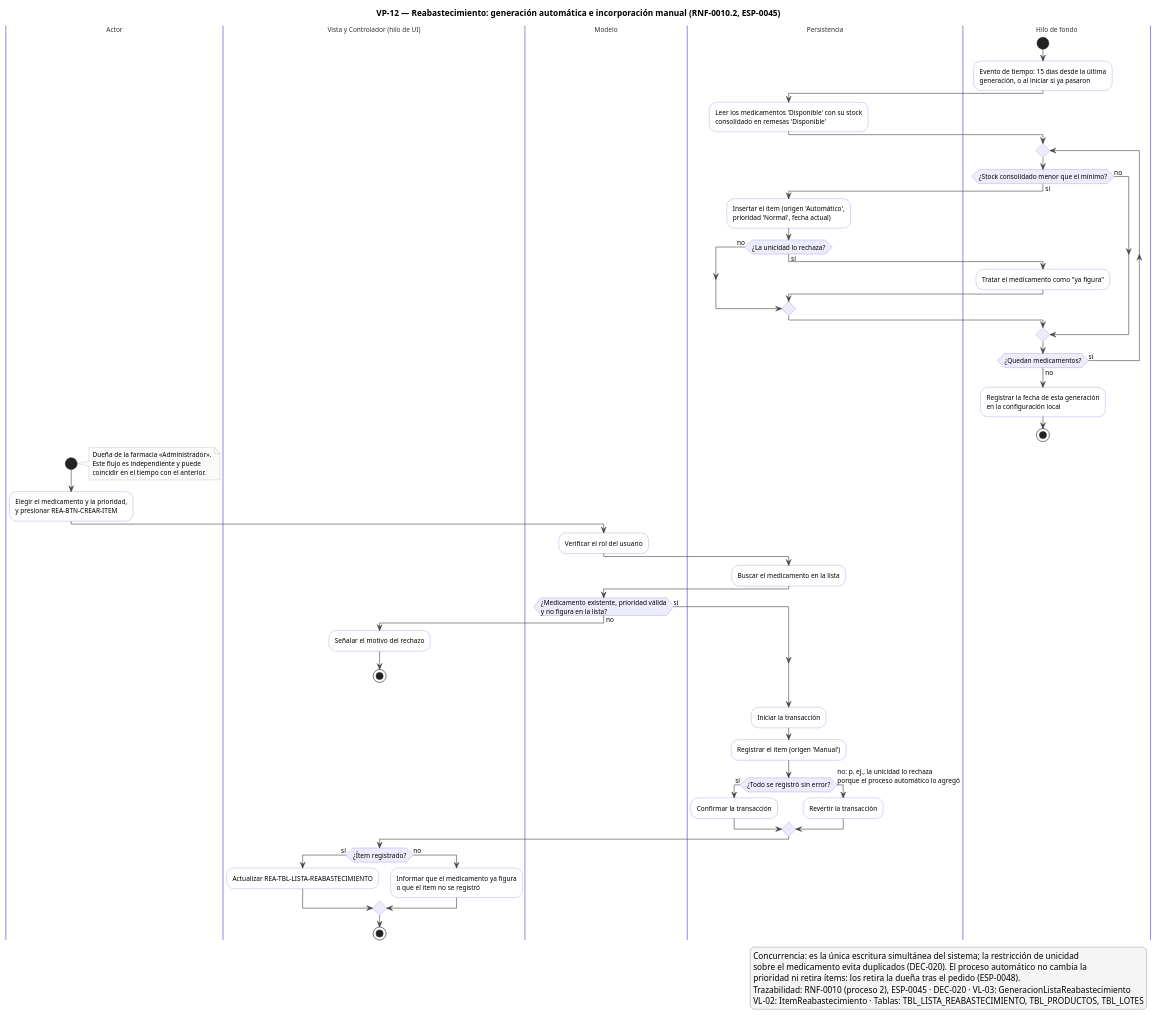
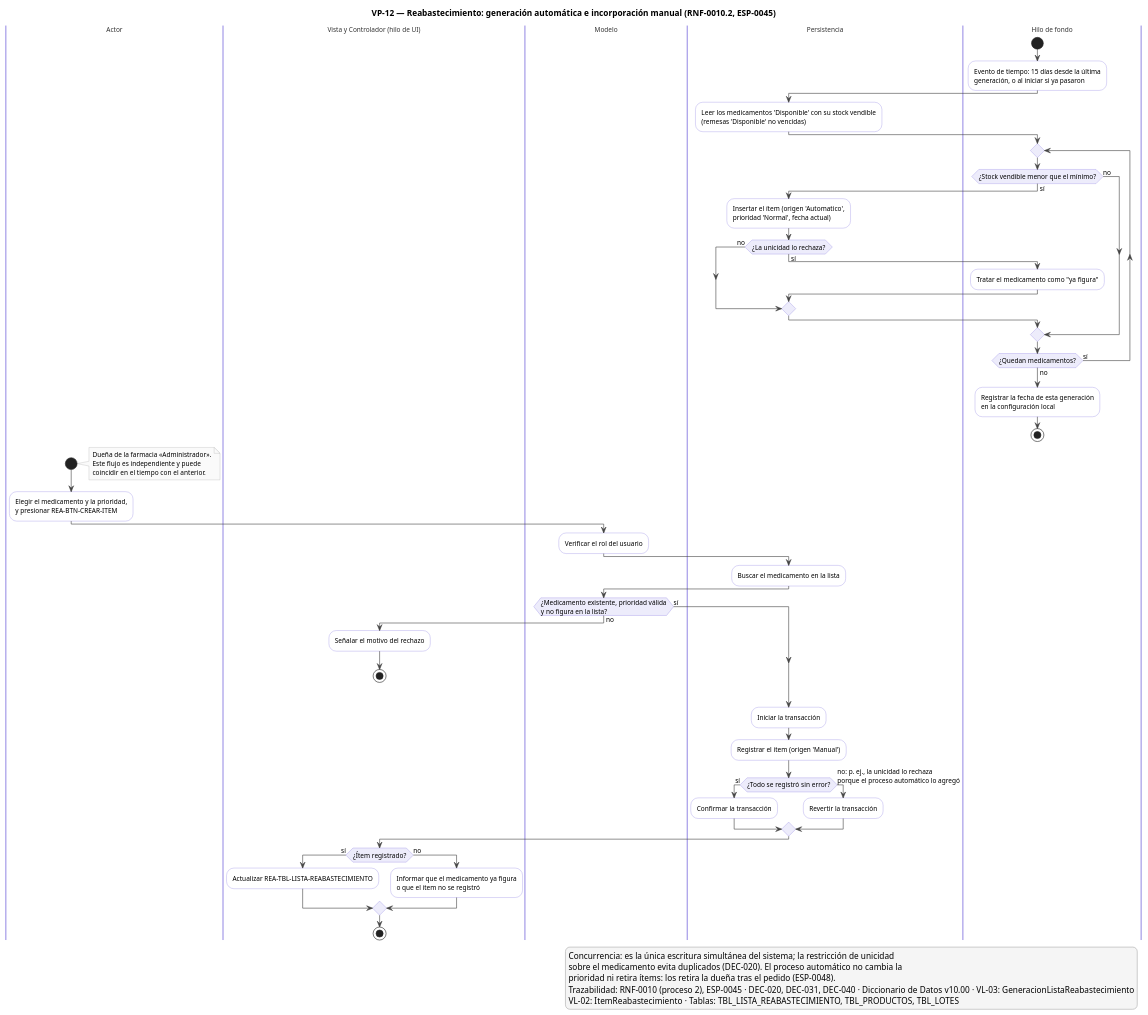
Before and after one commit to Luis-Ayben-Chahua-Charca/Farmasil_App: the diagram in docs/diagramas/plaintext-VistaProcesos/VP-12_Reabastecimiento.puml, drawn with PlantUML. The commit also changed 21 other files, not shown here.

First line of the commit message:
docs(modelo): aplicar las auditorías de la base de datos al diccionario y al catálogo (#146)

```diff
--- a/docs/diagramas/plaintext-VistaProcesos/VP-12_Reabastecimiento.puml
+++ b/docs/diagramas/plaintext-VistaProcesos/VP-12_Reabastecimiento.puml
@@ -1,107 +1,108 @@
 @startuml VP-12_Reabastecimiento
-' Vista de procesos FARMASIL_APP — VP-12_Reabastecimiento (v01.00).
+' Vista de procesos FARMASIL_APP — VP-12_Reabastecimiento (v02.00).
+' v02.00 (08/11/2026, issue #63): stock vendible (DEC-040), literal 'Automatico' (DEC-031), diccionario v10.00.
 ' Convenciones: DEC-025 (particiones de VL-04, nivel de arquitectura, PlantUML + PNG).
 skinparam shadowing false
 skinparam defaultFontSize 11
 skinparam ArrowColor #444444
 skinparam activity {
   BackgroundColor #FFFFFF
   BorderColor #8577E0
   DiamondBackgroundColor #EDECFB
   DiamondBorderColor #8577E0
   BarColor #444444
 }
 skinparam swimlane {
   BorderColor #8577E0
   TitleFontColor #333333
 }
 skinparam note {
   BackgroundColor #FAFAFA
   BorderColor #AAAAAA
 }
 skinparam legend {
   BackgroundColor #F5F5F5
   BorderColor #AAAAAA
 }
 
 title VP-12 — Reabastecimiento: generación automática e incorporación manual (RNF-0010.2, ESP-0045)
 
 |Actor|
 |Vista y Controlador (hilo de UI)|
 |Modelo|
 |Persistencia|
 |Hilo de fondo|
 
 |Hilo de fondo|
 start
 :Evento de tiempo: 15 días desde la última
 generación, o al iniciar si ya pasaron;
 |Persistencia|
-:Leer los medicamentos 'Disponible' con su stock
-consolidado en remesas 'Disponible';
+:Leer los medicamentos 'Disponible' con su stock vendible
+(remesas 'Disponible' no vencidas);
 |Hilo de fondo|
 repeat
-  if (¿Stock consolidado menor que el mínimo?) then (sí)
+  if (¿Stock vendible menor que el mínimo?) then (sí)
     |Persistencia|
-    :Insertar el ítem (origen 'Automático',
+    :Insertar el ítem (origen 'Automatico',
     prioridad 'Normal', fecha actual);
     if (¿La unicidad lo rechaza?) then (sí)
       |Hilo de fondo|
       :Tratar el medicamento como "ya figura";
     else (no)
     endif
   else (no)
   endif
   |Hilo de fondo|
 repeat while (¿Quedan medicamentos?) is (sí) not (no)
 :Registrar la fecha de esta generación
 en la configuración local;
 stop
 
 |Actor|
 start
 note right
   Dueña de la farmacia «Administrador».
   Este flujo es independiente y puede
   coincidir en el tiempo con el anterior.
 end note
 :Elegir el medicamento y la prioridad,
 y presionar REA-BTN-CREAR-ITEM;
 |Modelo|
 :Verificar el rol del usuario;
 |Persistencia|
 :Buscar el medicamento en la lista;
 |Modelo|
 if (¿Medicamento existente, prioridad válida
 y no figura en la lista?) then (no)
   |Vista y Controlador (hilo de UI)|
   :Señalar el motivo del rechazo;
   stop
 else (sí)
 endif
 |Persistencia|
 :Iniciar la transacción;
 :Registrar el ítem (origen 'Manual');
 if (¿Todo se registró sin error?) then (sí)
   :Confirmar la transacción;
 else (no: p. ej., la unicidad lo rechaza
 porque el proceso automático lo agregó)
   :Revertir la transacción;
 endif
 |Vista y Controlador (hilo de UI)|
 if (¿Ítem registrado?) then (sí)
   :Actualizar REA-TBL-LISTA-REABASTECIMIENTO;
 else (no)
   :Informar que el medicamento ya figura
   o que el ítem no se registró;
 endif
 stop
 
 legend right
   Concurrencia: es la única escritura simultánea del sistema; la restricción de unicidad
   sobre el medicamento evita duplicados (DEC-020). El proceso automático no cambia la
   prioridad ni retira ítems: los retira la dueña tras el pedido (ESP-0048).
-  Trazabilidad: RNF-0010 (proceso 2), ESP-0045 · DEC-020 · VL-03: GeneracionListaReabastecimiento
+  Trazabilidad: RNF-0010 (proceso 2), ESP-0045 · DEC-020, DEC-031, DEC-040 · Diccionario de Datos v10.00 · VL-03: GeneracionListaReabastecimiento
   VL-02: ItemReabastecimiento · Tablas: TBL_LISTA_REABASTECIMIENTO, TBL_PRODUCTOS, TBL_LOTES
 endlegend
 @enduml
```
